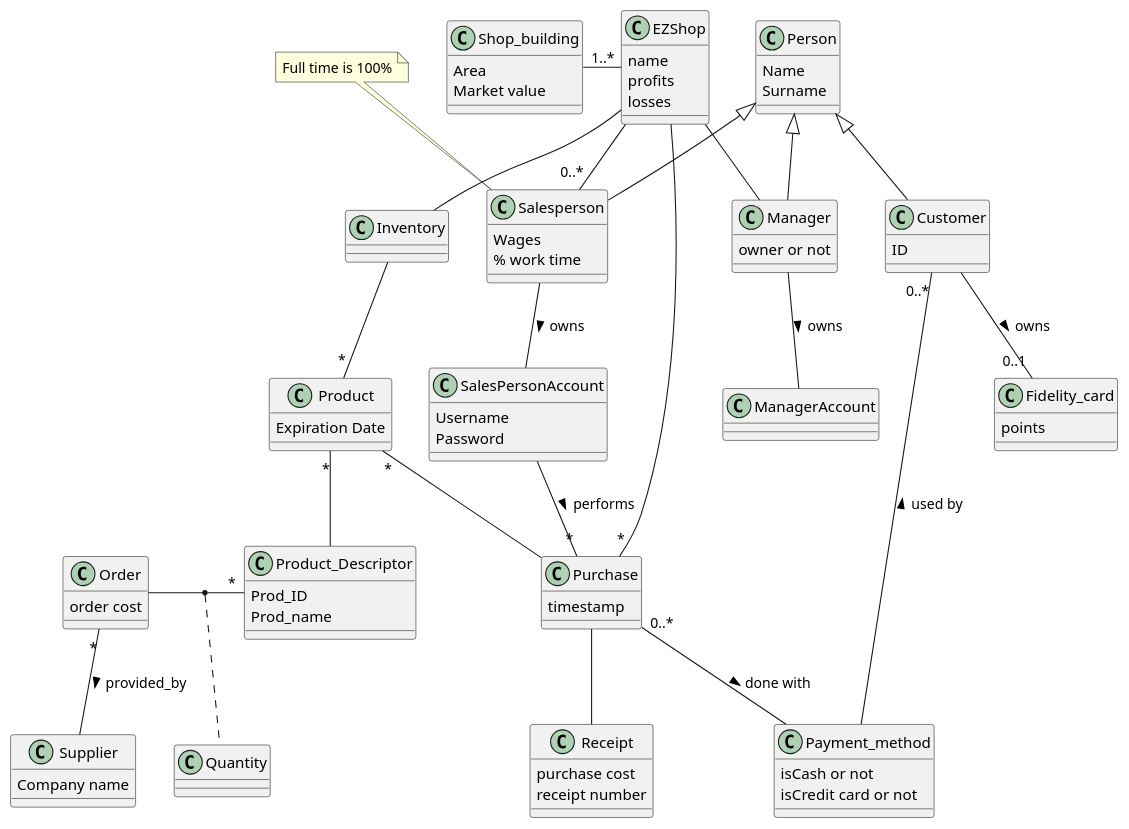
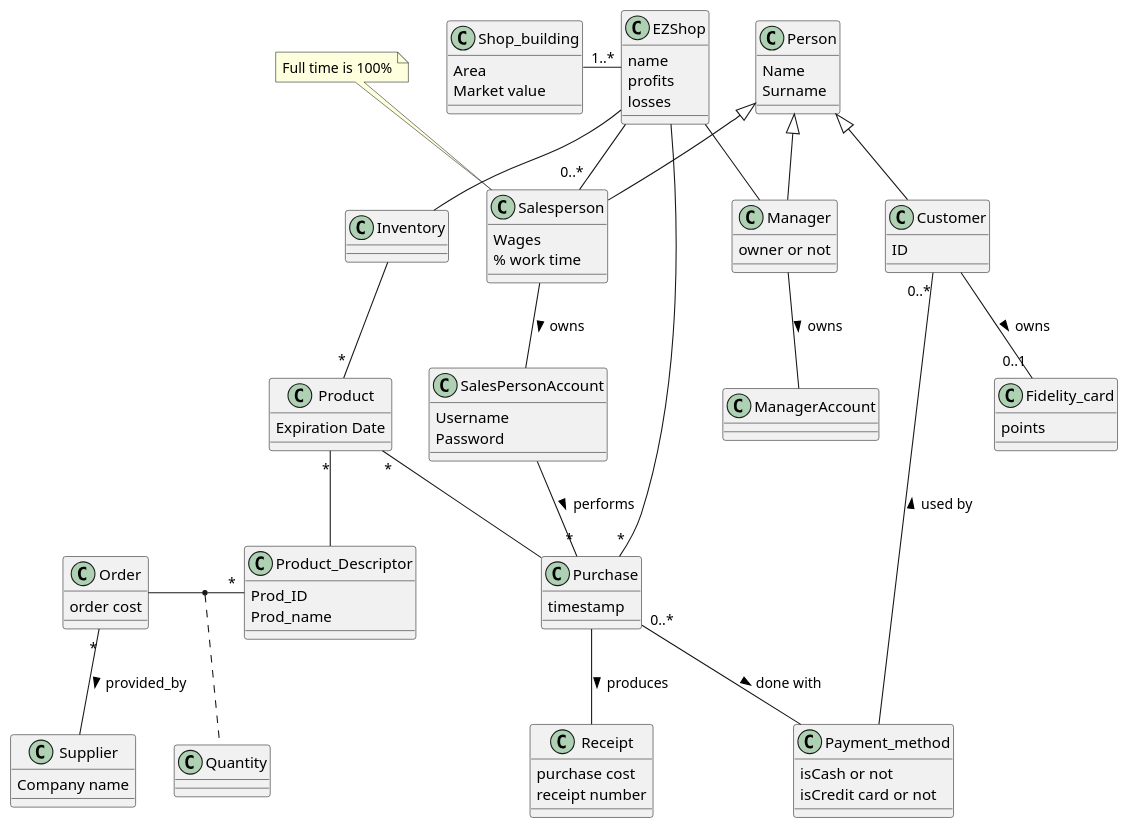
The fourth of 5 diagrams in Deliverables/RequirementsDocument.md (zitabou/EZShop), drawn with PlantUML before and after one commit. The commit also changed other lines of this file, not shown here.

```diff
--- a/Deliverables/RequirementsDocument.md
+++ b/Deliverables/RequirementsDocument.md
@@ -625,7 +658,7 @@
 Order - "*" Product_Descriptor
 (Order, Product_Descriptor) .. Quantity
 
-Purchase -- Receipt
+Purchase -- Receipt: > produces
 Purchase "0..*"-- Payment_method: > done with
 Customer "0..*"-- Payment_method: < used by
 Customer --"0..1" Fidelity_card: > owns
```
